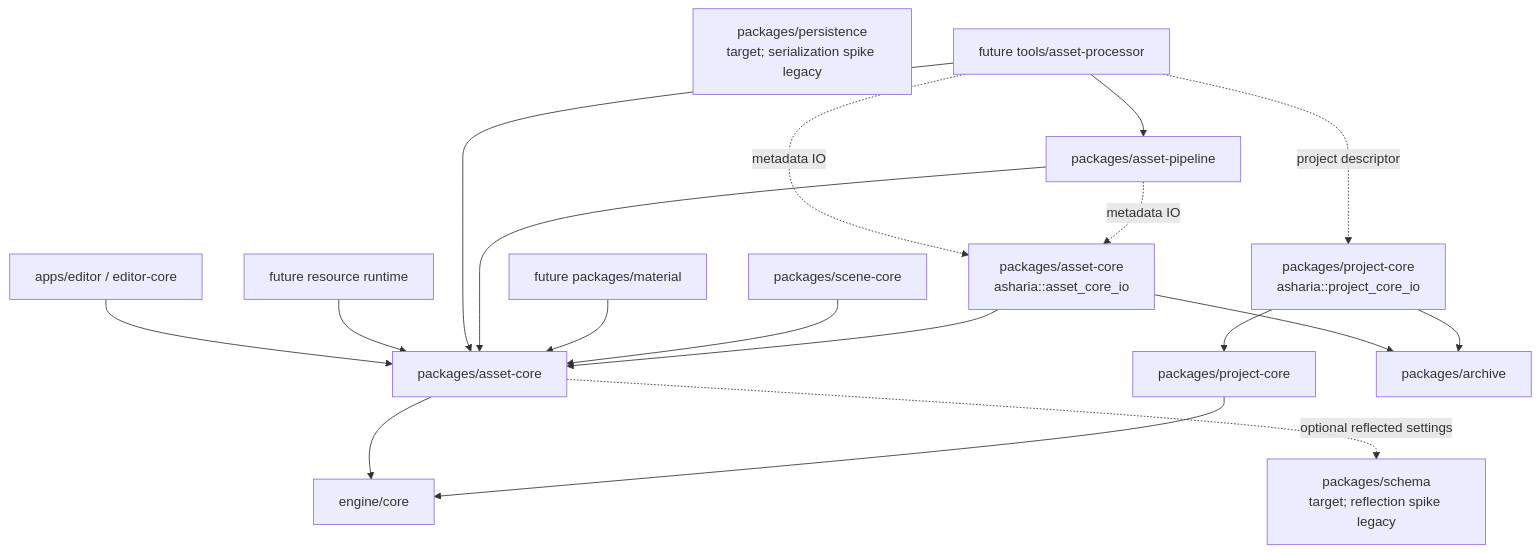
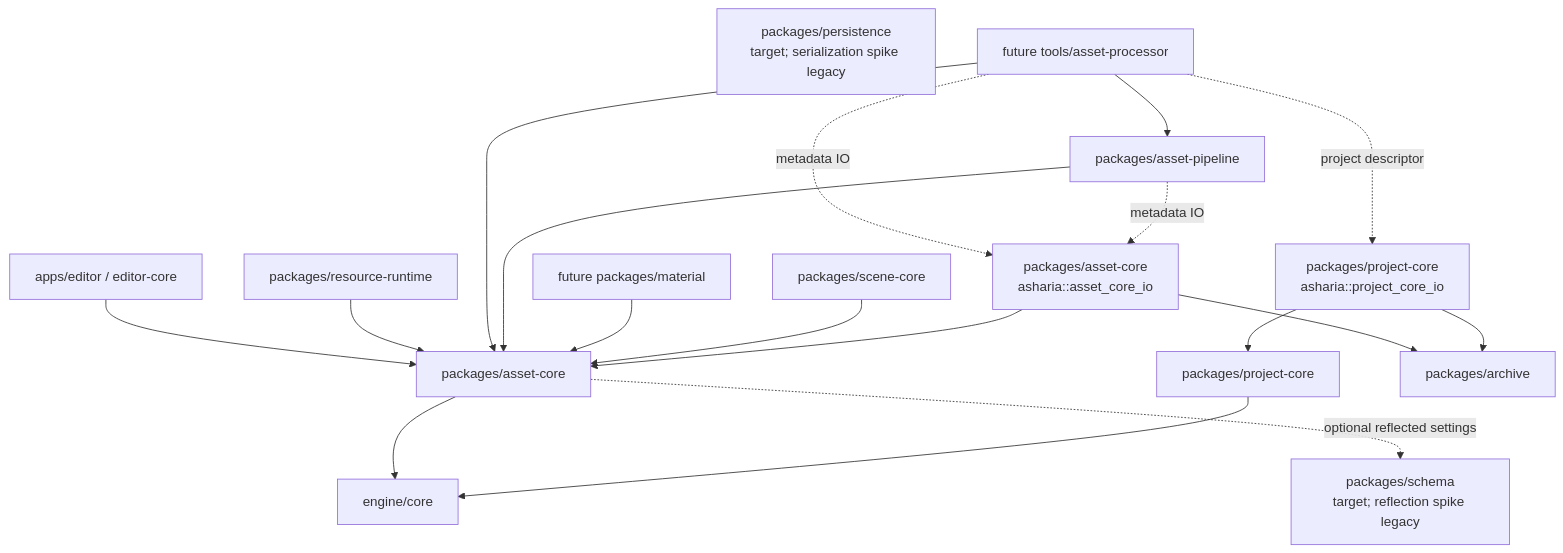
One commit to 66six11/Engine changed the first of 2 diagrams in docs/systems/asset-architecture.md. Above: the diagram before and after it, drawn with Mermaid. The commit also changed other lines of this file and 9 other files, not shown here.

Commit message:
feat: add runtime resource handle baseline

````diff
--- a/docs/systems/asset-architecture.md
+++ b/docs/systems/asset-architecture.md
@@ -107,35 +121,35 @@
 ```mermaid
 flowchart TD
     Core["engine/core"]
     Reflection["packages/schema<br/>target; reflection spike legacy"]
     Serialization["packages/persistence<br/>target; serialization spike legacy"]
     ProjectCore["packages/project-core"]
     ProjectCoreIo["packages/project-core<br/>asharia::project_core_io"]
     AssetCore["packages/asset-core"]
     AssetCoreIo["packages/asset-core<br/>asharia::asset_core_io"]
     Archive["packages/archive"]
     Scene["packages/scene-core"]
     Material["future packages/material"]
     AssetPipeline["packages/asset-pipeline"]
     ImportTool["future tools/asset-processor"]
-    ResourceRuntime["future resource runtime"]
+    ResourceRuntime["packages/resource-runtime"]
     Editor["apps/editor / editor-core"]
 
     ProjectCore --> Core
     ProjectCoreIo --> ProjectCore
     ProjectCoreIo --> Archive
     AssetCore --> Core
     AssetCoreIo --> AssetCore
     AssetCoreIo --> Archive
     Scene --> AssetCore
     Material --> AssetCore
     AssetPipeline --> AssetCore
     ImportTool --> AssetPipeline
     ImportTool --> AssetCore
     ImportTool -.project descriptor.-> ProjectCoreIo
     ResourceRuntime --> AssetCore
     Editor --> AssetCore
     AssetPipeline -.metadata IO.-> AssetCoreIo
     ImportTool -.metadata IO.-> AssetCoreIo
     AssetCore -.optional reflected settings.-> Reflection
 ```
````
